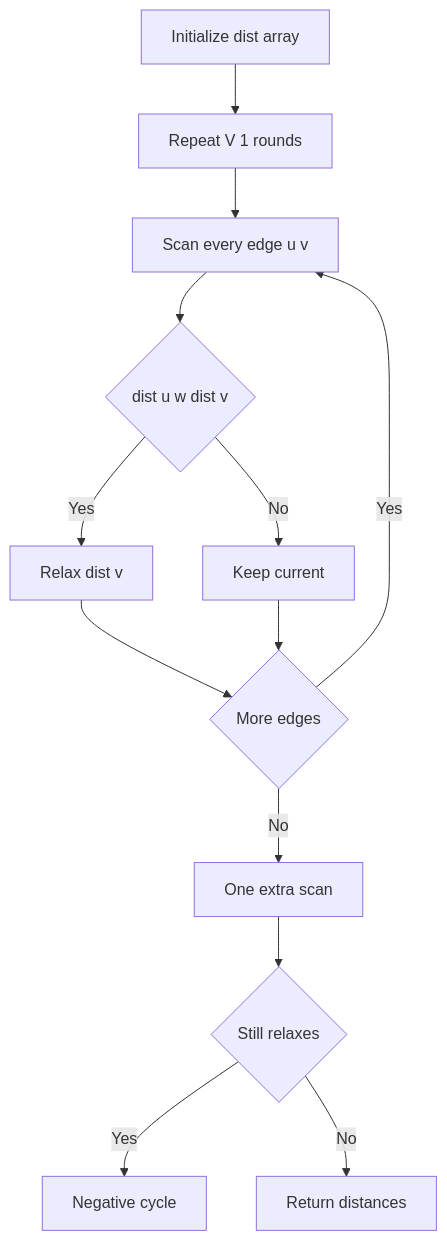
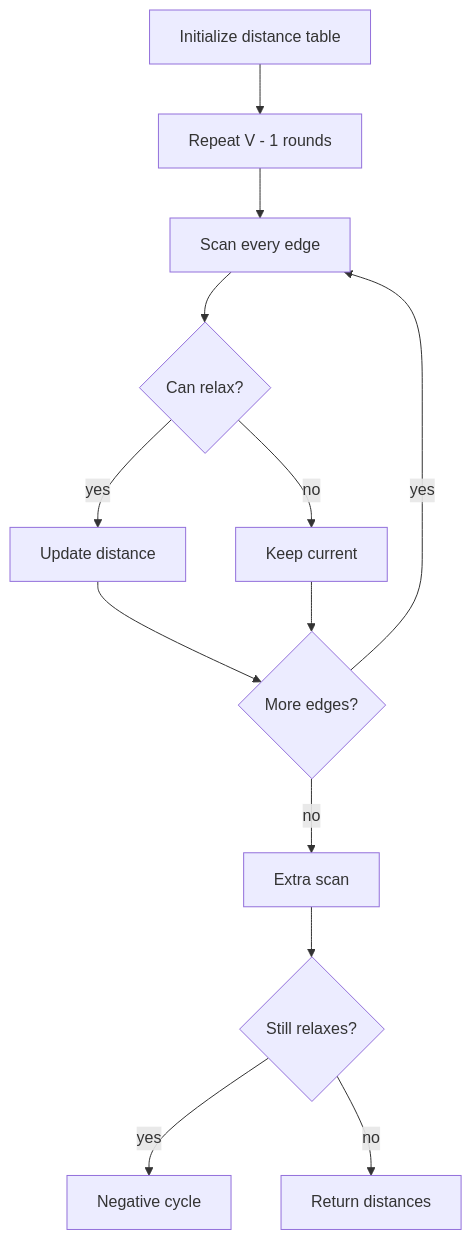
The diagram in content/docs/algorithms/algorithm-architect/01-graph/04-bellman-ford.md (choisimo/document), drawn with Mermaid before and after one commit. The commit also changed other lines of this file and 432 other files, not shown here.

````diff
--- a/content/docs/algorithms/algorithm-architect/01-graph/04-bellman-ford.md
+++ b/content/docs/algorithms/algorithm-architect/01-graph/04-bellman-ford.md
@@ -21,15 +73,15 @@
 ```mermaid
 flowchart TD
-    A[Initialize dist array] --> B[Repeat V 1 rounds]
-    B --> C[Scan every edge u v]
-    C --> D{dist u w dist v}
-    D -- Yes --> E[Relax dist v]
-    D -- No --> F[Keep current]
-    E --> G{More edges}
+    A[Initialize distance table] --> B[Repeat V - 1 rounds]
+    B --> C[Scan every edge]
+    C --> D{Can relax?}
+    D -- yes --> E[Update distance]
+    D -- no --> F[Keep current]
+    E --> G{More edges?}
     F --> G
-    G -- Yes --> C
-    G -- No --> H[One extra scan]
-    H --> I{Still relaxes}
-    I -- Yes --> J[Negative cycle]
-    I -- No --> K[Return distances]
+    G -- yes --> C
+    G -- no --> H[Extra scan]
+    H --> I{Still relaxes?}
+    I -- yes --> J[Negative cycle]
+    I -- no --> K[Return distances]
 ```
````
